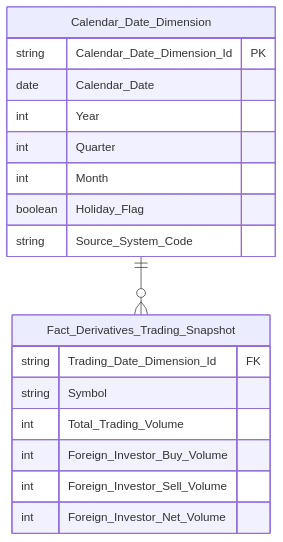
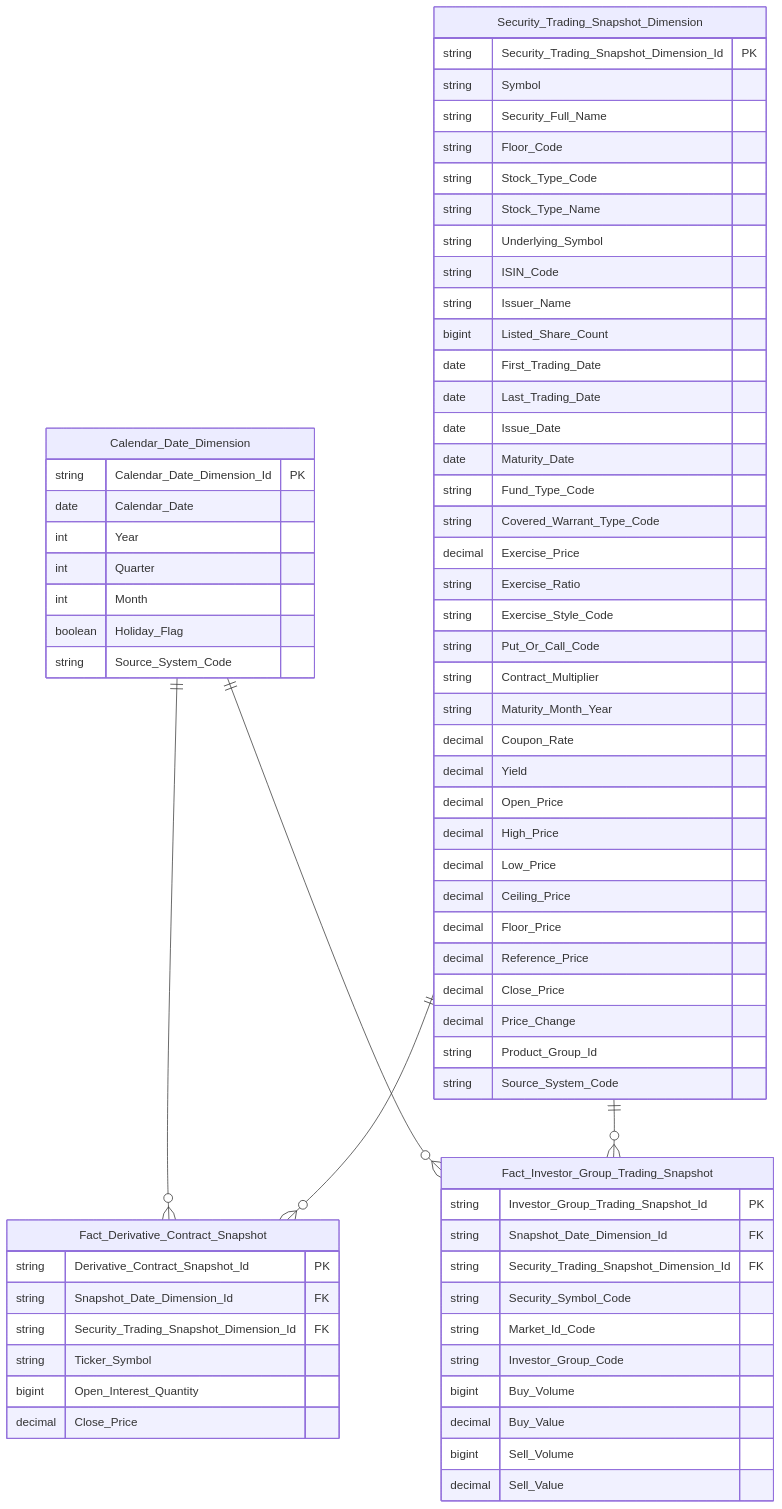
One commit to linhlvit/ubck_atomic_design changed diagram 12 of 40 in Datamart/hld/DTM_VP_HLD.md. Above: the diagram before and after it, drawn with Mermaid. The commit also changed other lines of this file and 25 other files, not shown here.

````diff
--- a/Datamart/hld/DTM_VP_HLD.md
+++ b/Datamart/hld/DTM_VP_HLD.md
@@ -403,21 +630,72 @@
 ```mermaid
 erDiagram
     Calendar_Date_Dimension {
         string Calendar_Date_Dimension_Id PK
         date Calendar_Date
         int Year
         int Quarter
         int Month
         boolean Holiday_Flag
         string Source_System_Code
     }
-    Fact_Derivatives_Trading_Snapshot {
-        string Trading_Date_Dimension_Id FK
+    Security_Trading_Snapshot_Dimension {
+        string Security_Trading_Snapshot_Dimension_Id PK
         string Symbol
-        int Total_Trading_Volume
-        int Foreign_Investor_Buy_Volume
-        int Foreign_Investor_Sell_Volume
-        int Foreign_Investor_Net_Volume
+        string Security_Full_Name
+        string Floor_Code
+        string Stock_Type_Code
+        string Stock_Type_Name
+        string Underlying_Symbol
+        string ISIN_Code
+        string Issuer_Name
+        bigint Listed_Share_Count
+        date First_Trading_Date
+        date Last_Trading_Date
+        date Issue_Date
+        date Maturity_Date
+        string Fund_Type_Code
+        string Covered_Warrant_Type_Code
+        decimal Exercise_Price
+        string Exercise_Ratio
+        string Exercise_Style_Code
+        string Put_Or_Call_Code
+        string Contract_Multiplier
+        string Maturity_Month_Year
+        decimal Coupon_Rate
+        decimal Yield
+        decimal Open_Price
+        decimal High_Price
+        decimal Low_Price
+        decimal Ceiling_Price
+        decimal Floor_Price
+        decimal Reference_Price
+        decimal Close_Price
+        decimal Price_Change
+        string Product_Group_Id
+        string Source_System_Code
     }
-    Calendar_Date_Dimension ||--o{ Fact_Derivatives_Trading_Snapshot : " "
+    Fact_Derivative_Contract_Snapshot {
+        string Derivative_Contract_Snapshot_Id PK
+        string Snapshot_Date_Dimension_Id FK
+        string Security_Trading_Snapshot_Dimension_Id FK
+        string Ticker_Symbol
+        bigint Open_Interest_Quantity
+        decimal Close_Price
+    }
+    Fact_Investor_Group_Trading_Snapshot {
+        string Investor_Group_Trading_Snapshot_Id PK
+        string Snapshot_Date_Dimension_Id FK
+        string Security_Trading_Snapshot_Dimension_Id FK
+        string Security_Symbol_Code
+        string Market_Id_Code
+        string Investor_Group_Code
+        bigint Buy_Volume
+        decimal Buy_Value
+        bigint Sell_Volume
+        decimal Sell_Value
+    }
+    Calendar_Date_Dimension ||--o{ Fact_Derivative_Contract_Snapshot : " "
+    Security_Trading_Snapshot_Dimension ||--o{ Fact_Derivative_Contract_Snapshot : " "
+    Calendar_Date_Dimension ||--o{ Fact_Investor_Group_Trading_Snapshot : " "
+    Security_Trading_Snapshot_Dimension ||--o{ Fact_Investor_Group_Trading_Snapshot : " "
 ```
````
